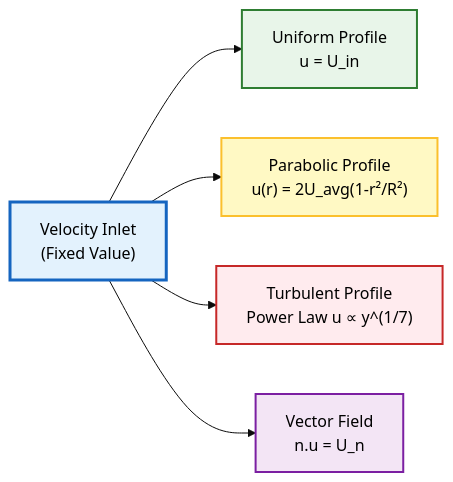
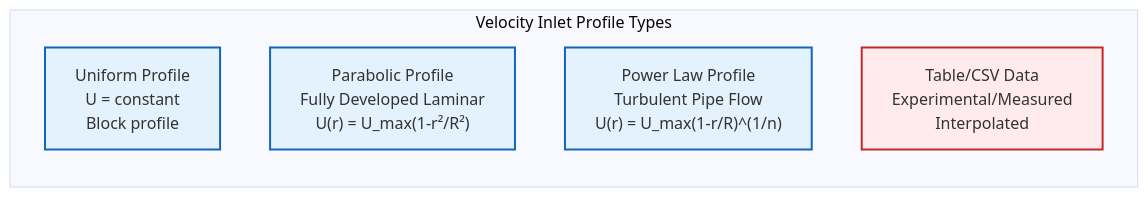
Before and after one commit to wramet/build-my-cfd: the second of 6 diagrams in MODULE_01_CFD_FUNDAMENTALS/CONTENT/03_BOUNDARY_CONDITIONS/03_Selection_Guide_Which_BC_to_Use.md, drawn with Mermaid (base theme). The commit also changed other lines of this file and 313 other files, not shown here.

Commit message:
Revise all diagram

````diff
--- a/MODULE_01_CFD_FUNDAMENTALS/CONTENT/03_BOUNDARY_CONDITIONS/03_Selection_Guide_Which_BC_to_Use.md
+++ b/MODULE_01_CFD_FUNDAMENTALS/CONTENT/03_BOUNDARY_CONDITIONS/03_Selection_Guide_Which_BC_to_Use.md
@@ -80,13 +93,14 @@
 ```mermaid
 graph LR
-    A["Velocity Inlet<br/>(Fixed Value)"] --> B["Uniform Profile<br/>u = U_in"]
-    A --> C["Parabolic Profile<br/>u(r) = 2U_avg(1-r²/R²)"]
-    A --> D["Turbulent Profile<br/>Power Law u ∝ y^(1/7)"]
-    A --> E["Vector Field<br/>n.u = U_n"]
+%% Inlet Velocity Profile Types
+subgraph Inlet ["Velocity Inlet Profile Types"]
+Uniform["Uniform Profile<br/>U = constant<br/>Block profile"]:::implicit
+Parabolic["Parabolic Profile<br/>Fully Developed Laminar<br/>U(r) = U_max(1-r²/R²)"]:::implicit
+Power["Power Law Profile<br/>Turbulent Pipe Flow<br/>U(r) = U_max(1-r/R)^(1/n)"]:::implicit
+Table["Table/CSV Data<br/>Experimental/Measured<br/>Interpolated"]:::explicit
+end
 
-    style A fill:#e3f2fd,stroke:#1565c0,stroke-width:3px,color:#000
-    style B fill:#e8f5e9,stroke:#2e7d32,stroke-width:2px,color:#000
-    style C fill:#fff9c4,stroke:#fbc02d,stroke-width:2px,color:#000
-    style D fill:#ffebee,stroke:#c62828,stroke-width:2px,color:#000
-    style E fill:#f3e5f5,stroke:#7b1fa2,stroke-width:2px,color:#000
+%% Classes
+classDef implicit fill:#e3f2fd,stroke:#1565c0,stroke-width:2px;
+classDef explicit fill:#ffebee,stroke:#c62828,stroke-width:2px;
 ```
````
